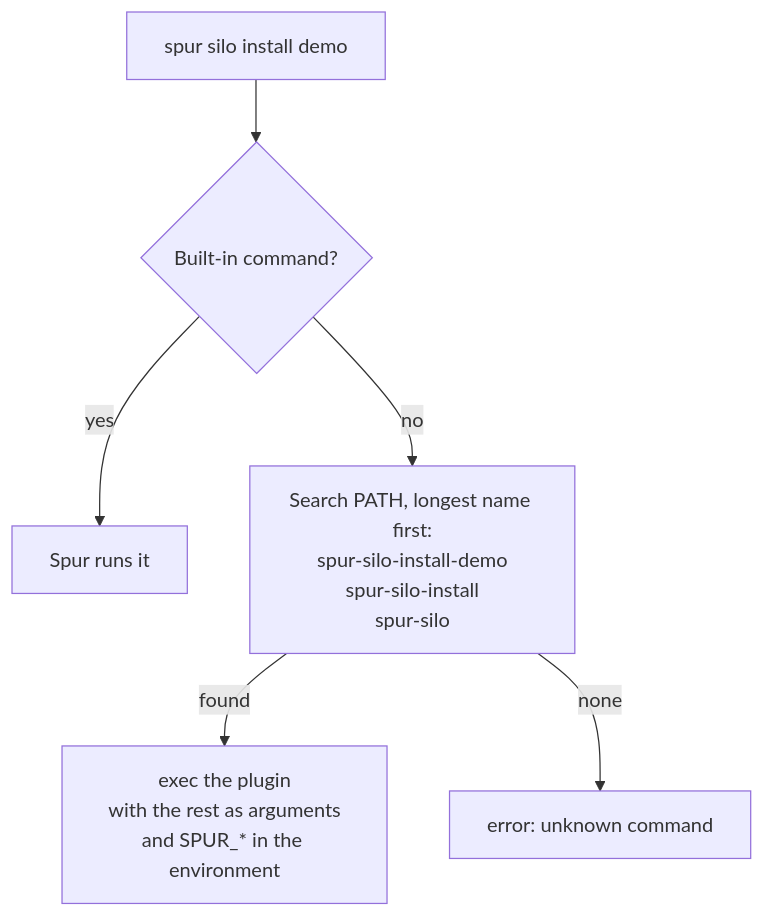
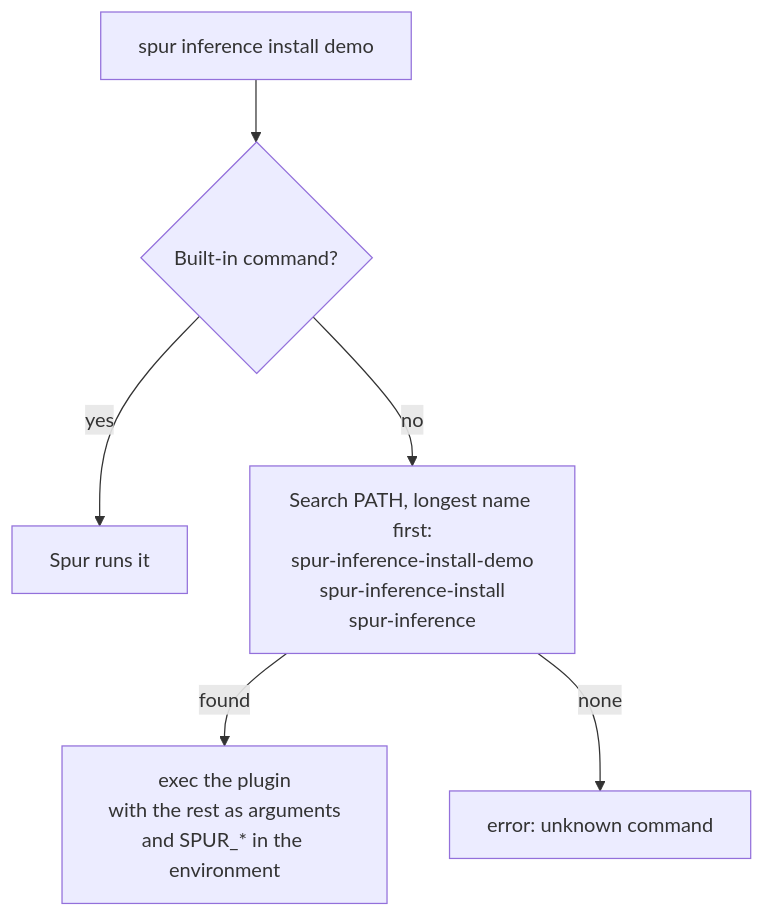
Before and after one commit to silogen/cluster-forge: the first of 2 diagrams in byok/docs/spur-cli-plugins.md, drawn with Mermaid. The commit also changed other lines of this file and 16 other files, not shown here.

````diff
--- a/byok/docs/spur-cli-plugins.md
+++ b/byok/docs/spur-cli-plugins.md
@@ -81,8 +81,8 @@
 ```mermaid
 flowchart TD
-    A["spur silo install demo"] --> B{"Built-in command?"}
+    A["spur inference install demo"] --> B{"Built-in command?"}
     B -- yes --> C["Spur runs it"]
-    B -- no --> D["Search PATH, longest name first:\nspur-silo-install-demo\nspur-silo-install\nspur-silo"]
+    B -- no --> D["Search PATH, longest name first:\nspur-inference-install-demo\nspur-inference-install\nspur-inference"]
     D -- found --> E["exec the plugin\nwith the rest as arguments\nand SPUR_* in the environment"]
     D -- none --> F["error: unknown command"]
 ```
````
